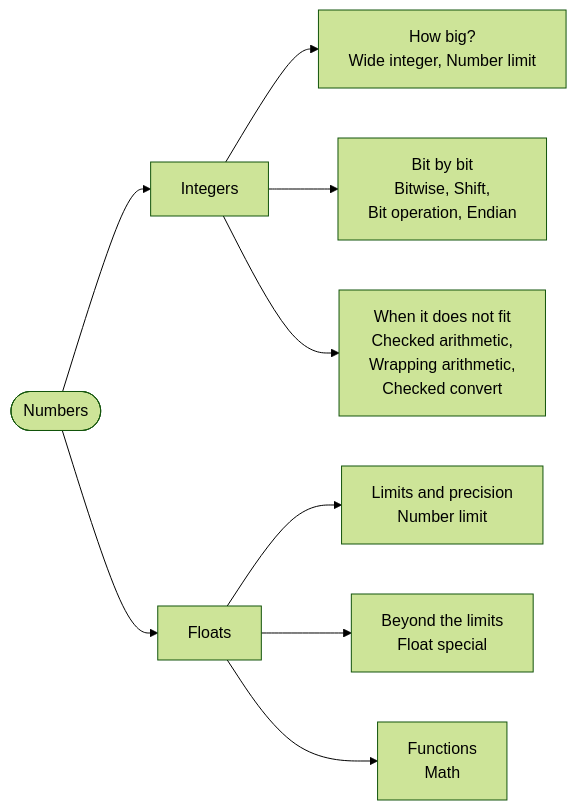
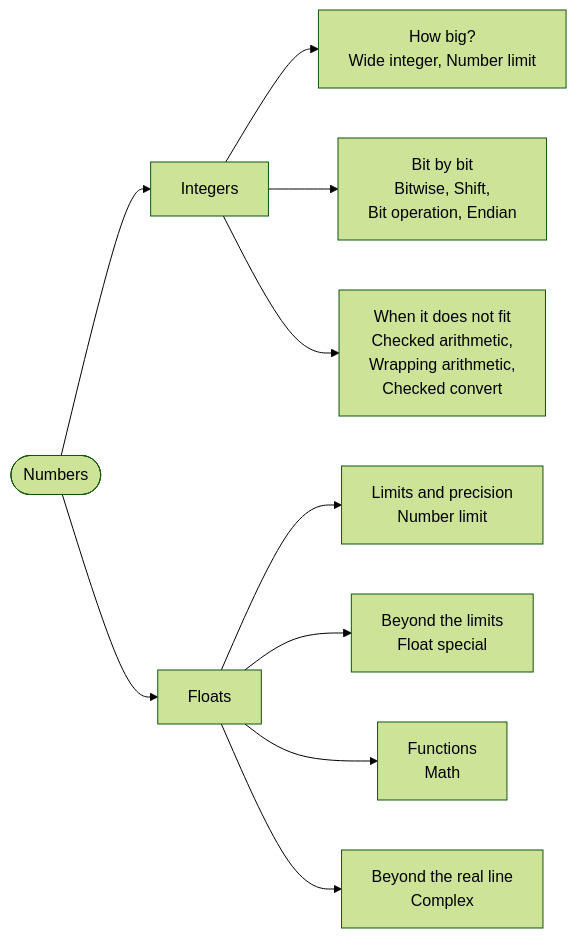
Before and after one commit to rux-lang/Web: the diagram in content/docs/1.learn/16.numbers/00.index.md, drawn with Mermaid (forest theme). The commit also changed other lines of this file and 3 other files, not shown here.

````diff
--- a/content/docs/1.learn/16.numbers/00.index.md
+++ b/content/docs/1.learn/16.numbers/00.index.md
@@ -24,11 +25,12 @@
 ```mermaid
 flowchart LR
     n(["Numbers"]) --> i["Integers"]
     n --> f["Floats"]
     i --> range["How big?<br/>Wide integer, Number limit"]
     i --> bits["Bit by bit<br/>Bitwise, Shift,<br/>Bit operation, Endian"]
     i --> edge["When it does not fit<br/>Checked arithmetic,<br/>Wrapping arithmetic,<br/>Checked convert"]
     f --> flimit["Limits and precision<br/>Number limit"]
     f --> special["Beyond the limits<br/>Float special"]
     f --> math["Functions<br/>Math"]
+    f --> complex["Beyond the real line<br/>Complex"]
 ```
````
